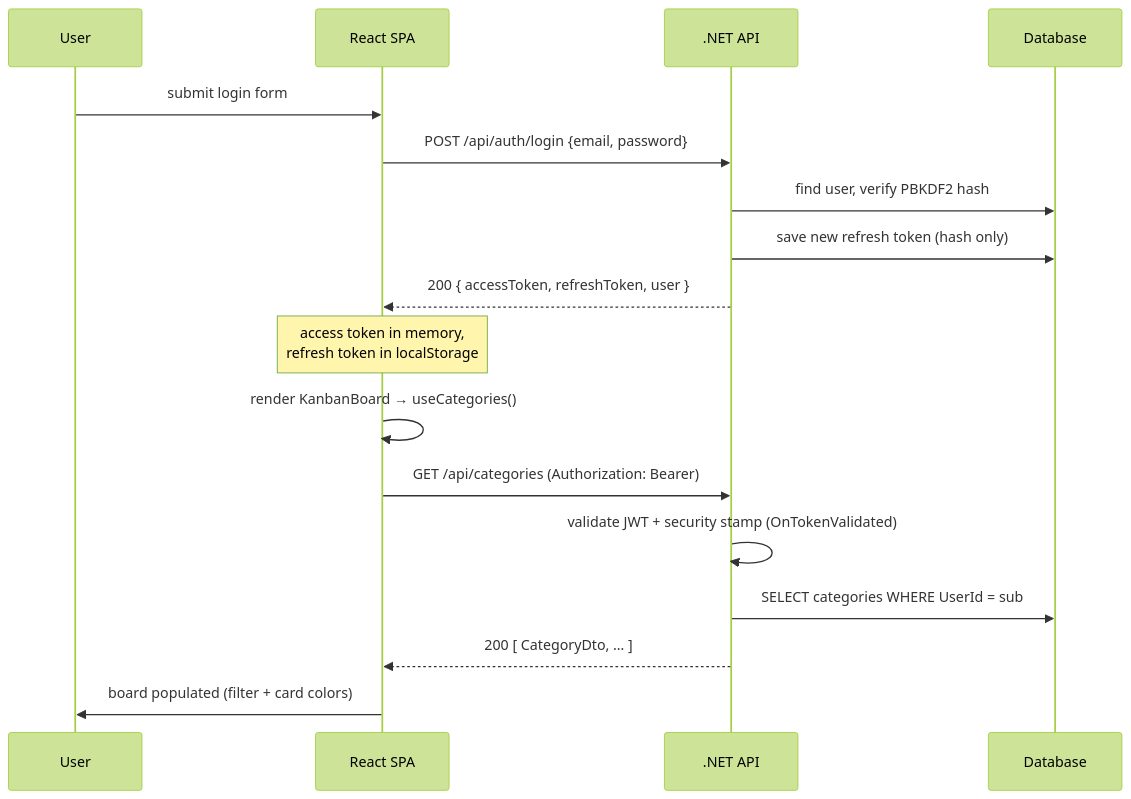
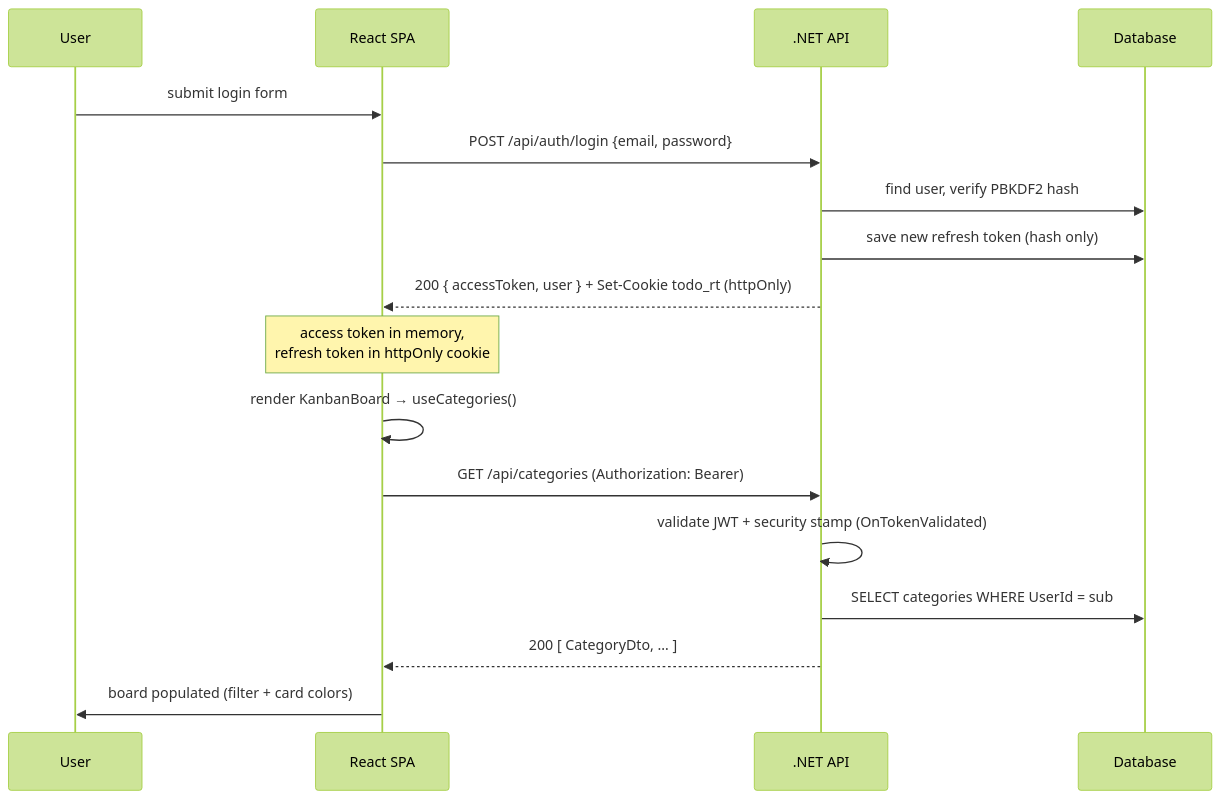
The diagram in docs/architecture/request-flow.md (bgard68/ToDoApp), drawn with Mermaid (forest theme) before and after one commit. The commit also changed other lines of this file and 9 other files, not shown here.

````diff
--- a/docs/architecture/request-flow.md
+++ b/docs/architecture/request-flow.md
@@ -14,20 +14,20 @@
 ```mermaid
 sequenceDiagram
     participant U as User
     participant SPA as React SPA
     participant API as .NET API
     participant DB as Database
 
     U->>SPA: submit login form
     SPA->>API: POST /api/auth/login {email, password}
     API->>DB: find user, verify PBKDF2 hash
     API->>DB: save new refresh token (hash only)
-    API-->>SPA: 200 { accessToken, refreshToken, user }
-    Note over SPA: access token in memory,<br/>refresh token in localStorage
+    API-->>SPA: 200 { accessToken, user } + Set-Cookie todo_rt (httpOnly)
+    Note over SPA: access token in memory,<br/>refresh token in httpOnly cookie
     SPA->>SPA: render KanbanBoard → useCategories()
     SPA->>API: GET /api/categories (Authorization: Bearer)
     API->>API: validate JWT + security stamp (OnTokenValidated)
     API->>DB: SELECT categories WHERE UserId = sub
     API-->>SPA: 200 [ CategoryDto, … ]
     SPA->>U: board populated (filter + card colors)
 ```
````
